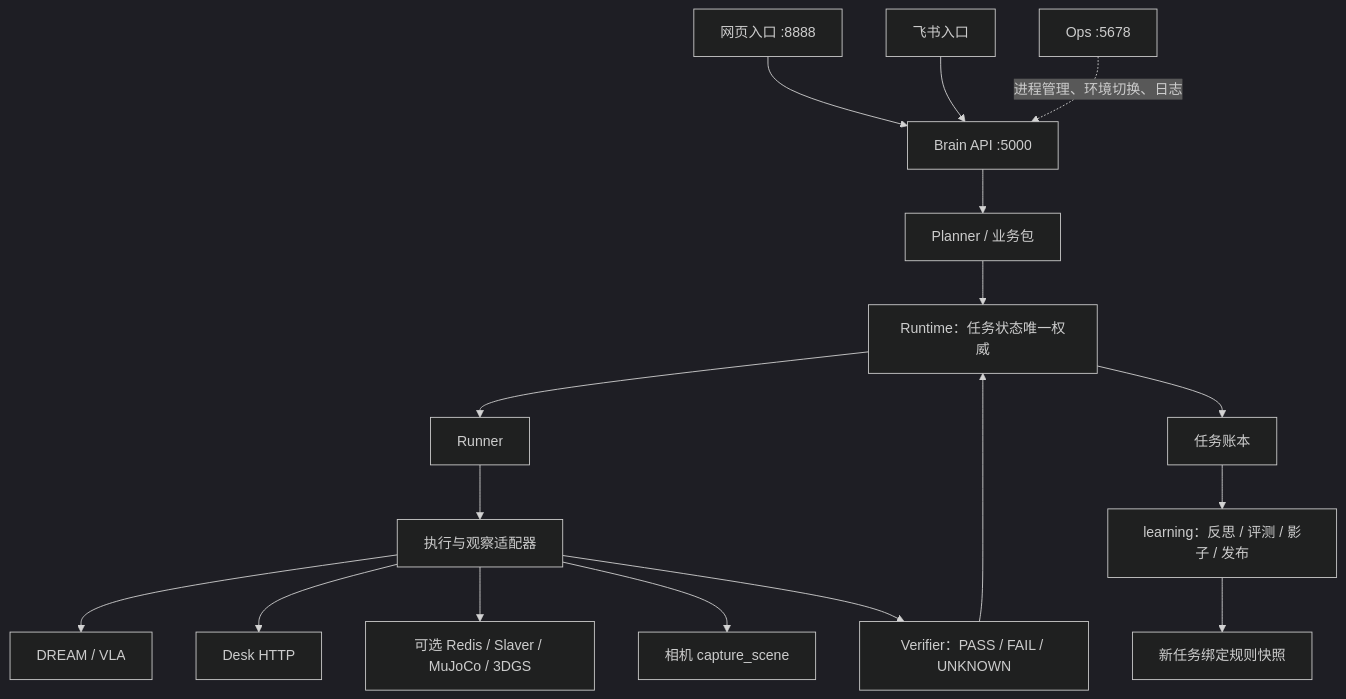
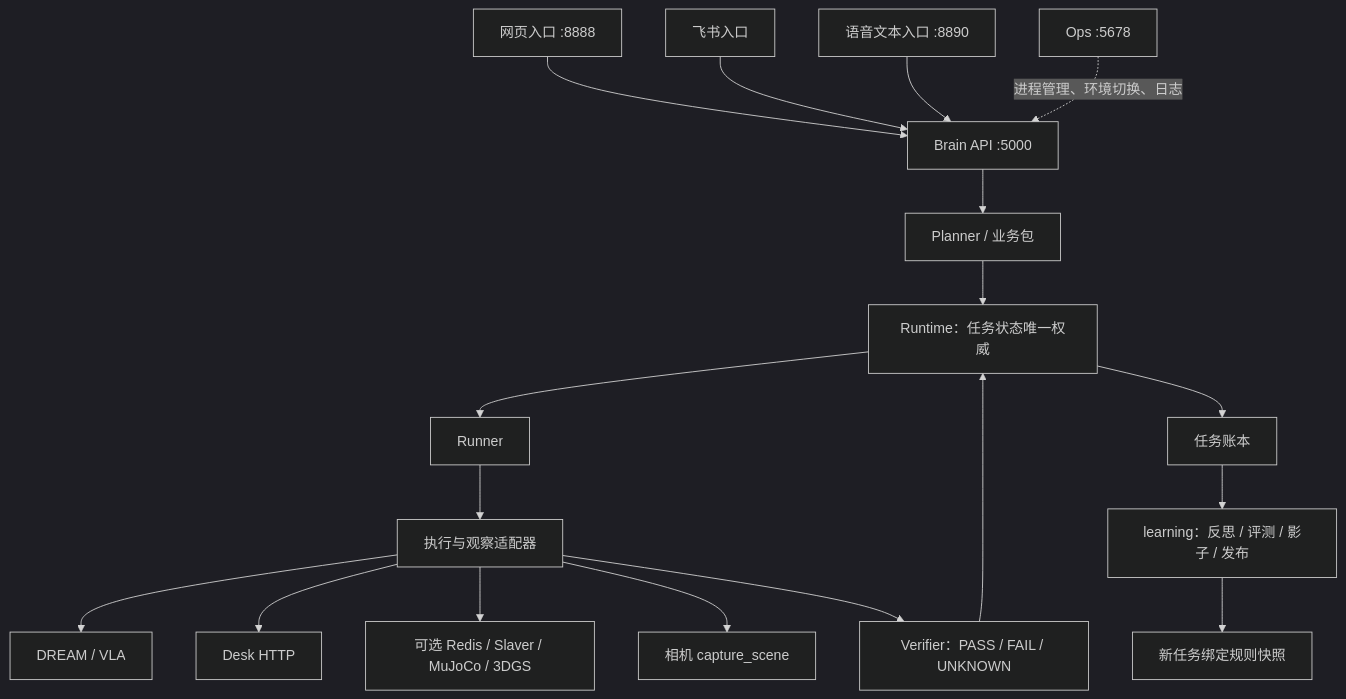
Before and after one commit to ForgeAI-Robotics/Connection: the diagram in docs/架构说明_三端架构.md, drawn with Mermaid (dark theme). The commit also changed other lines of this file and 15 other files, not shown here.

````diff
--- a/docs/架构说明_三端架构.md
+++ b/docs/架构说明_三端架构.md
@@ -21,19 +21,20 @@
 ```mermaid
 flowchart TD
     W[网页入口 :8888] --> A[Brain API :5000]
     F[飞书入口] --> A
+    Y[语音文本入口 :8890] --> A
     A --> P[Planner / 业务包]
     P --> R[Runtime：任务状态唯一权威]
     R --> U[Runner]
     U --> B[执行与观察适配器]
     B --> D[DREAM / VLA]
     B --> T[Desk HTTP]
     B --> S[可选 Redis / Slaver / MuJoCo / 3DGS]
     B --> C[相机 capture_scene]
     B --> V[Verifier：PASS / FAIL / UNKNOWN]
     V --> R
     R --> L[任务账本]
     L --> E[learning：反思 / 评测 / 影子 / 发布]
     E --> N[新任务绑定规则快照]
     O[Ops :5678] -.进程管理、环境切换、日志.-> A
 ```
````
